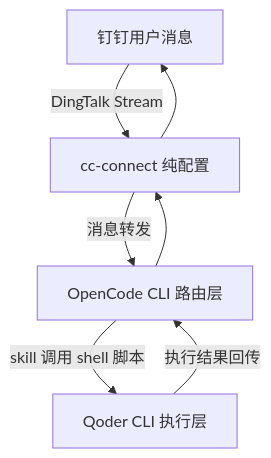
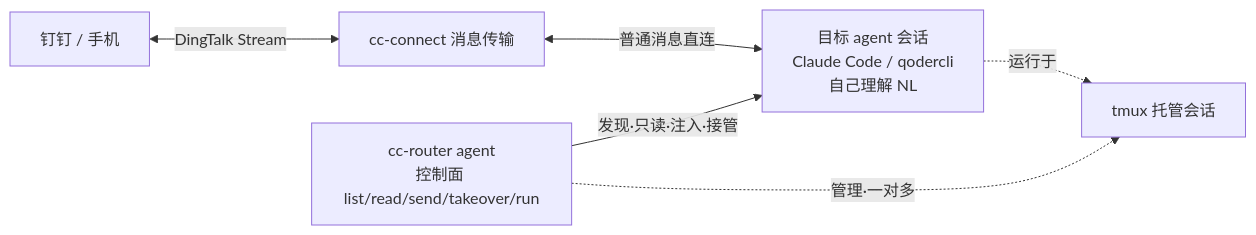
Before and after one commit to xinyuehtx/agent-connect: the diagram in README.md, drawn with Mermaid. The commit also changed other lines of this file and 14 other files, not shown here.

````diff
--- a/README.md
+++ b/README.md
@@ -39,9 +41,8 @@
 ```mermaid
-graph TB
-    A[钉钉用户消息] -->|DingTalk Stream| B[cc-connect 纯配置]
-    B -->|消息转发| C[OpenCode CLI 路由层]
-    C -->|skill 调用 shell 脚本| D[Qoder CLI 执行层]
-    D -->|执行结果回传| C
-    C --> B
-    B --> A
+graph LR
+    P[钉钉 / 手机] <-->|DingTalk Stream| CC[cc-connect 消息传输]
+    CC <-->|普通消息直连| A[目标 agent 会话<br/>Claude Code / qodercli<br/>自己理解 NL]
+    R[cc-router agent<br/>控制面 list/read/send/takeover/run] -->|发现·只读·注入·接管| A
+    A -.->|运行于| T[tmux 托管会话]
+    R -.->|管理·一对多| T
 ```
````
